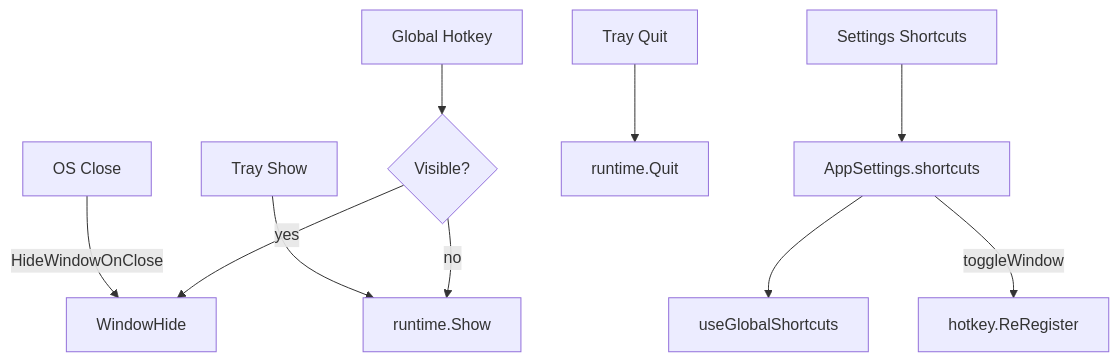
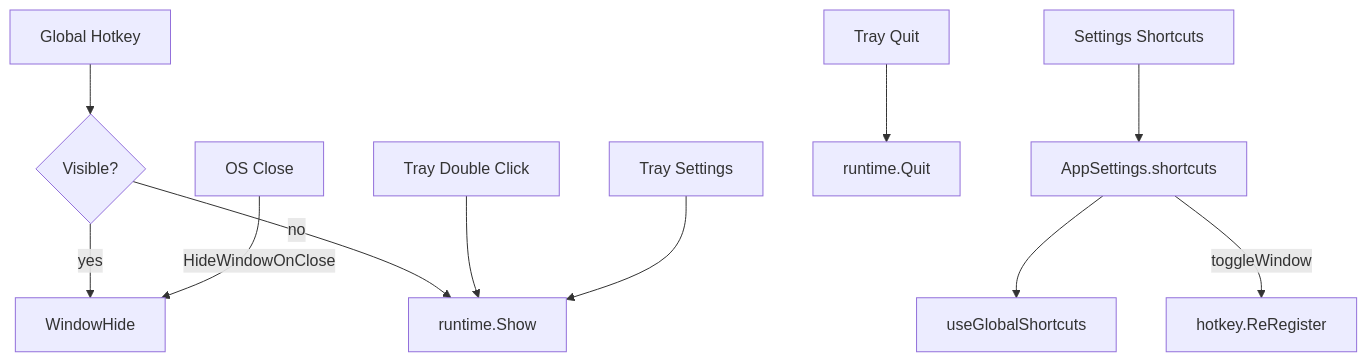
The sixth of 7 diagrams in docs/spec/design.md (blue-idea/linkit), drawn with Mermaid before and after one commit. The commit also changed other lines of this file and 34 other files, not shown here.

````diff
--- a/docs/spec/design.md
+++ b/docs/spec/design.md
@@ -442,12 +443,13 @@
 ```mermaid
 flowchart TD
   Close[OS Close] -->|HideWindowOnClose| Hide[WindowHide]
-  TrayShow[Tray Show] --> Show[runtime.Show]
+  TraySettings[Tray Settings] --> Show[runtime.Show]
+  TrayDClick[Tray Double Click] --> Show
   Hotkey[Global Hotkey] --> Toggle{Visible?}
   Toggle -->|yes| Hide
   Toggle -->|no| Show
   TrayQuit[Tray Quit] --> Quit[runtime.Quit]
   Settings[Settings Shortcuts] --> Persist[AppSettings.shortcuts]
   Persist --> InApp[useGlobalShortcuts]
   Persist -->|toggleWindow| ReReg[hotkey.ReRegister]
 ```
````
